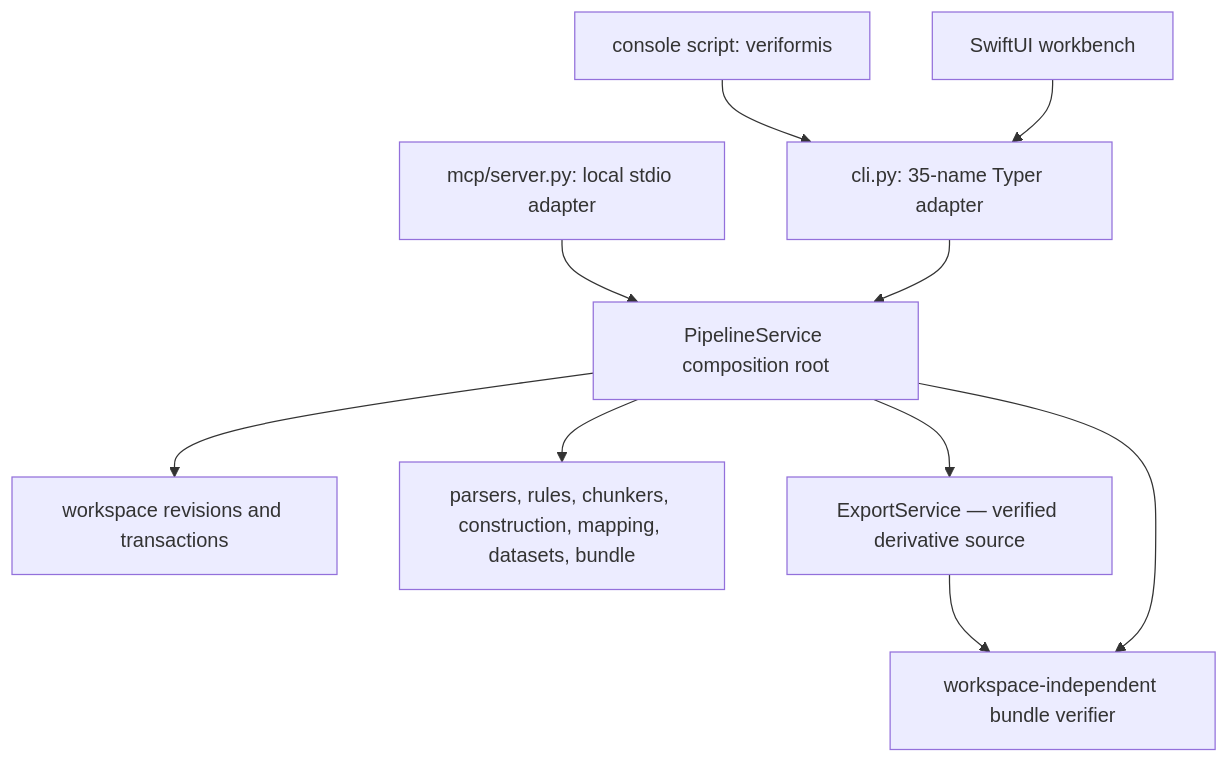
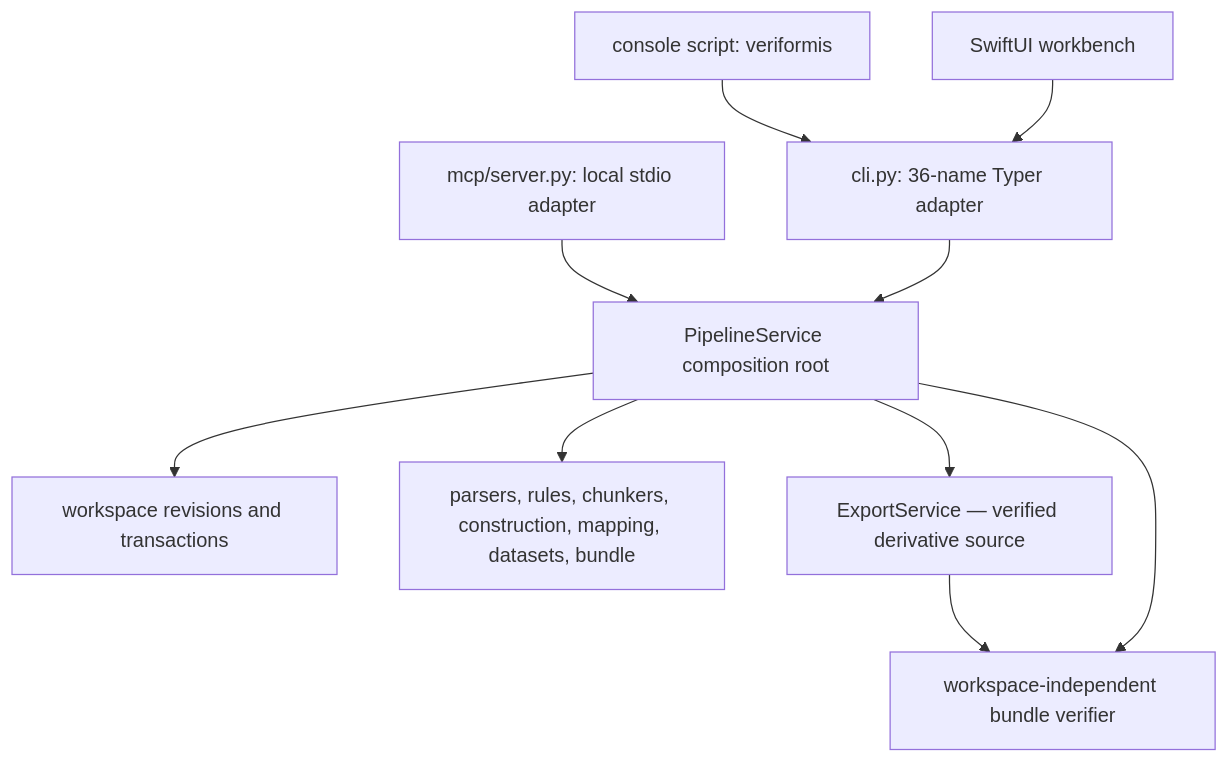
One commit to ogprotege/Veriformis changed the first of 2 diagrams in docs/architecture/entry-points.md. Above: the diagram before and after it, drawn with Mermaid. The commit also changed other lines of this file and 31 other files, not shown here.

First line of the commit message:
feat(exports): pin Arrow schemas for every row

````diff
--- a/docs/architecture/entry-points.md
+++ b/docs/architecture/entry-points.md
@@ -44,12 +44,12 @@
 ```mermaid
 flowchart TD
-    script["console script: veriformis"] --> cli["cli.py: 35-name Typer adapter"]
+    script["console script: veriformis"] --> cli["cli.py: 36-name Typer adapter"]
     mcp["mcp/server.py: local stdio adapter"] --> service["PipelineService composition root"]
     cli --> service
     mac["SwiftUI workbench"] --> cli
     service --> workspace["workspace revisions and transactions"]
     service --> domains["parsers, rules, chunkers, construction, mapping, datasets, bundle"]
     service --> exports["ExportService — verified derivative source"]
     exports --> verifier
     service --> verifier["workspace-independent bundle verifier"]
 ```
````
